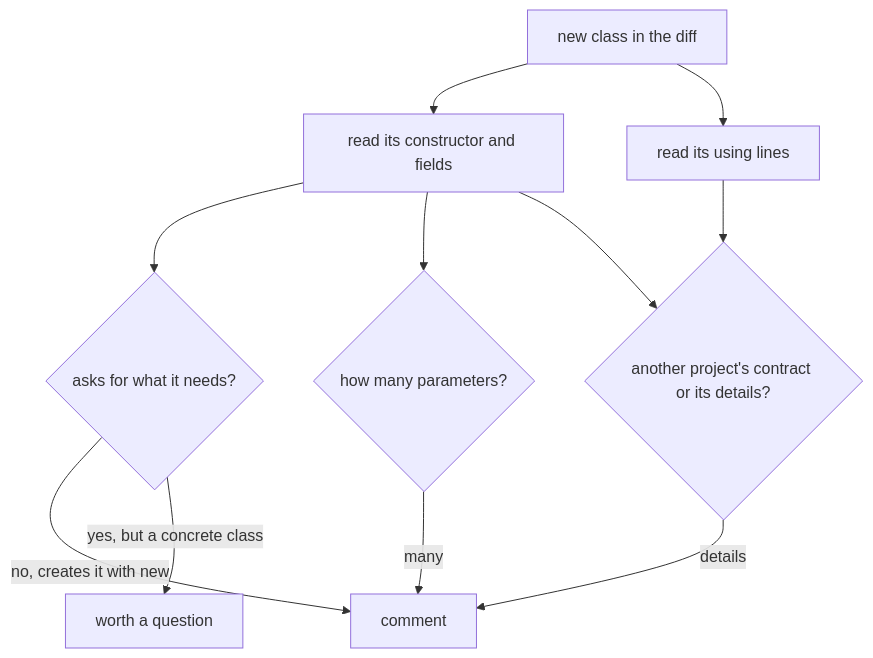
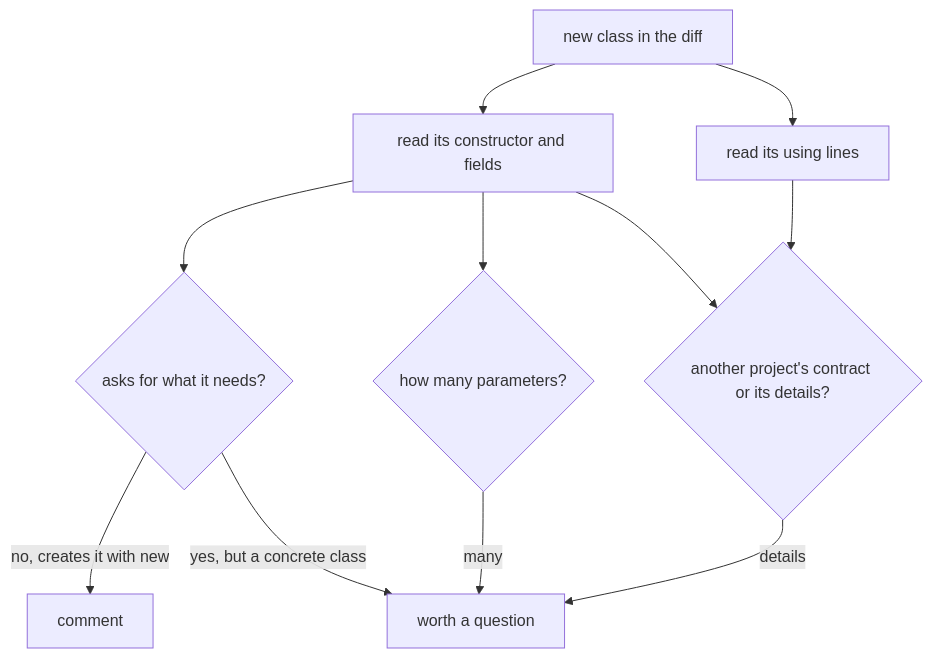
Before and after one commit to duyan11110/lo-trinh-architect: the diagram in content/tracks/management/code-review/management.l1.reviewing-for-dependencies.en.md, drawn with Mermaid. The commit also changed other lines of this file and 3 other files, not shown here.

````diff
--- a/content/tracks/management/code-review/management.l1.reviewing-for-dependencies.en.md
+++ b/content/tracks/management/code-review/management.l1.reviewing-for-dependencies.en.md
@@ -38,13 +38,13 @@
 ```mermaid
 flowchart TD
   C[new class in the diff] --> P[read its constructor and fields]
   C --> U[read its using lines]
   P --> A{asks for what it needs?}
   A -->|no, creates it with new| X[comment]
   A -->|yes, but a concrete class| K[worth a question]
   P --> N{how many parameters?}
-  N -->|many| X
+  N -->|many| K
   P --> I{another project's contract or its details?}
   U --> I
-  I -->|details| X
+  I -->|details| K
 ```
````
